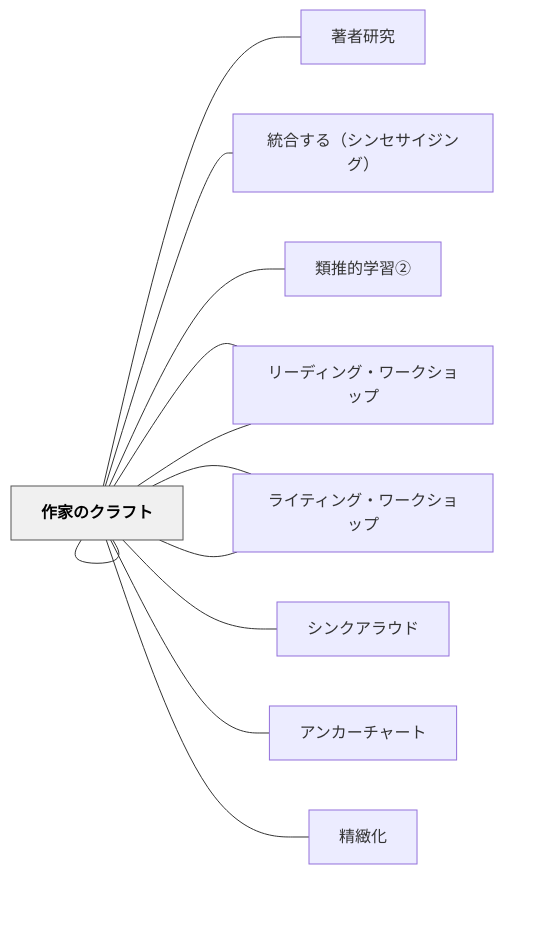
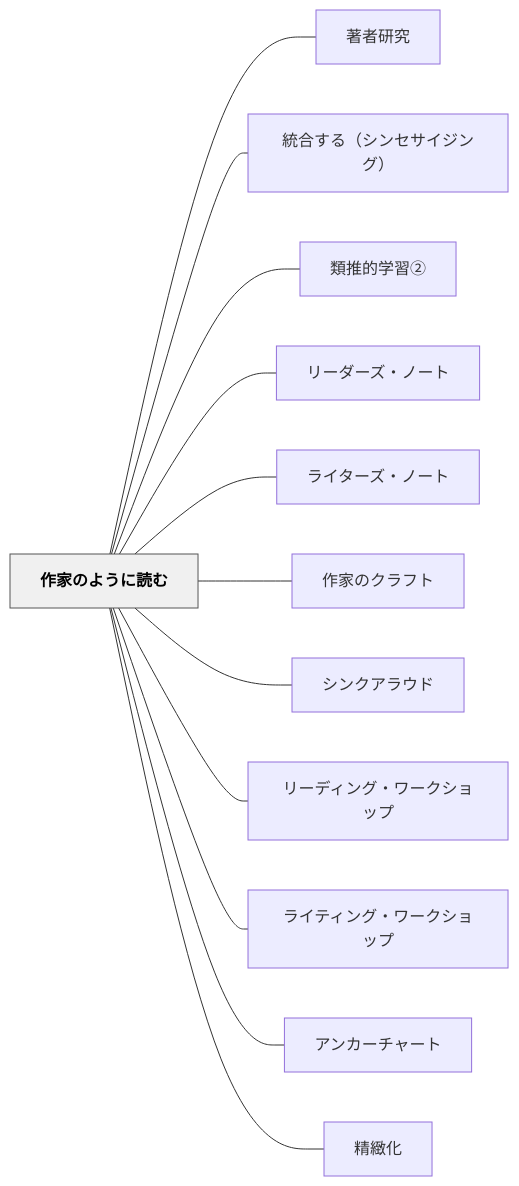
One commit to unknownthings-ed-patterns/unknownthings-ed-patterns changed the diagram in content/パタン/作家のように読む.md. Above: the diagram before and after it, drawn with Mermaid. The commit also changed 527 other files, not shown here.

````diff
--- a/content/パタン/作家のように読む.md
+++ b/content/パタン/作家のように読む.md
@@ -287,30 +287,30 @@
 ```mermaid
 flowchart LR
-    ne4bd9ce5aeb6["作家のように読む"]
-    ne89197e88085["著者研究"]
-    ne7b5b1e59088["統合する（シンセサイジング）"]
-    ne9a19ee68ea8["類推的学習②"]
-    ne383aae383bc["リーダーズ・ノート"]
-    ne383a9e382a4["ライターズ・ノート"]
-    ne4bd9ce5aeb6["作家のクラフト"]
-    ne382b7e383b3["シンクアラウド"]
-    ne383aae383bc["リーディング・ワークショップ"]
-    ne383a9e382a4["ライティング・ワークショップ"]
-    ne382a2e383b3["アンカーチャート"]
-    ne7b2bee7b7bb["精緻化"]
+    ne4bd9ce5aeb6e381aee38288e38186e381abe8aaade38280["作家のように読む"]
+    ne89197e88085e7a094e7a9b6["著者研究"]
+    ne7b5b1e59088e38199e3828befbc88e382b7e383b3e382bbe382b5e382a4e382b8e383b3e382b0efbc89["統合する（シンセサイジング）"]
+    ne9a19ee68ea8e79a84e5ada6e7bf92e291a1["類推的学習②"]
+    ne383aae383bce38380e383bce382bae383bbe3838ee383bce38388["リーダーズ・ノート"]
+    ne383a9e382a4e382bfe383bce382bae383bbe3838ee383bce38388["ライターズ・ノート"]
+    ne4bd9ce5aeb6e381aee382afe383a9e38395e38388["作家のクラフト"]
+    ne382b7e383b3e382afe382a2e383a9e382a6e38389["シンクアラウド"]
+    ne383aae383bce38387e382a3e383b3e382b0e383bbe383afe383bce382afe382b7e383a7e38383e38397["リーディング・ワークショップ"]
+    ne383a9e382a4e38386e382a3e383b3e382b0e383bbe383afe383bce382afe382b7e383a7e38383e38397["ライティング・ワークショップ"]
+    ne382a2e383b3e382abe383bce38381e383a3e383bce38388["アンカーチャート"]
+    ne7b2bee7b7bbe58c96["精緻化"]
 
-    ne4bd9ce5aeb6 --- ne89197e88085
-    ne4bd9ce5aeb6 --- ne7b5b1e59088
-    ne4bd9ce5aeb6 --- ne9a19ee68ea8
-    ne4bd9ce5aeb6 --- ne383aae383bc
-    ne4bd9ce5aeb6 --- ne383a9e382a4
-    ne4bd9ce5aeb6 --- ne4bd9ce5aeb6
-    ne4bd9ce5aeb6 --- ne382b7e383b3
-    ne4bd9ce5aeb6 --- ne383aae383bc
-    ne4bd9ce5aeb6 --- ne383a9e382a4
-    ne4bd9ce5aeb6 --- ne382a2e383b3
-    ne4bd9ce5aeb6 --- ne7b2bee7b7bb
+    ne4bd9ce5aeb6e381aee38288e38186e381abe8aaade38280 --- ne89197e88085e7a094e7a9b6
+    ne4bd9ce5aeb6e381aee38288e38186e381abe8aaade38280 --- ne7b5b1e59088e38199e3828befbc88e382b7e383b3e382bbe382b5e382a4e382b8e383b3e382b0efbc89
+    ne4bd9ce5aeb6e381aee38288e38186e381abe8aaade38280 --- ne9a19ee68ea8e79a84e5ada6e7bf92e291a1
+    ne4bd9ce5aeb6e381aee38288e38186e381abe8aaade38280 --- ne383aae383bce38380e383bce382bae383bbe3838ee383bce38388
+    ne4bd9ce5aeb6e381aee38288e38186e381abe8aaade38280 --- ne383a9e382a4e382bfe383bce382bae383bbe3838ee383bce38388
+    ne4bd9ce5aeb6e381aee38288e38186e381abe8aaade38280 --- ne4bd9ce5aeb6e381aee382afe383a9e38395e38388
+    ne4bd9ce5aeb6e381aee38288e38186e381abe8aaade38280 --- ne382b7e383b3e382afe382a2e383a9e382a6e38389
+    ne4bd9ce5aeb6e381aee38288e38186e381abe8aaade38280 --- ne383aae383bce38387e382a3e383b3e382b0e383bbe383afe383bce382afe382b7e383a7e38383e38397
+    ne4bd9ce5aeb6e381aee38288e38186e381abe8aaade38280 --- ne383a9e382a4e38386e382a3e383b3e382b0e383bbe383afe383bce382afe382b7e383a7e38383e38397
+    ne4bd9ce5aeb6e381aee38288e38186e381abe8aaade38280 --- ne382a2e383b3e382abe383bce38381e383a3e383bce38388
+    ne4bd9ce5aeb6e381aee38288e38186e381abe8aaade38280 --- ne7b2bee7b7bbe58c96
 
     classDef hub fill:#f0f0f0,stroke:#555,color:#000,font-weight:bold
-    class ne4bd9ce5aeb6 hub
+    class ne4bd9ce5aeb6e381aee38288e38186e381abe8aaade38280 hub
 ```
````
